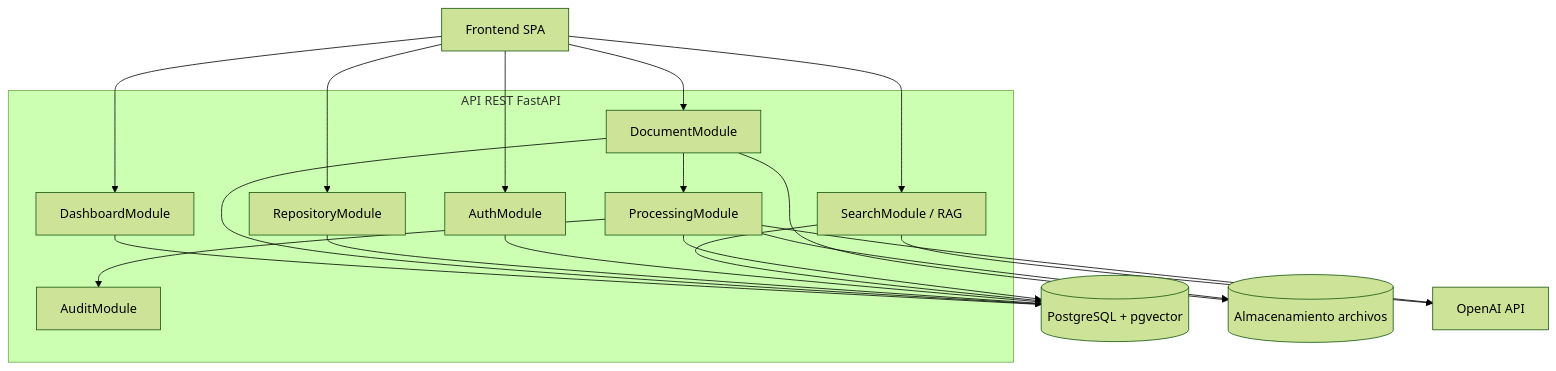
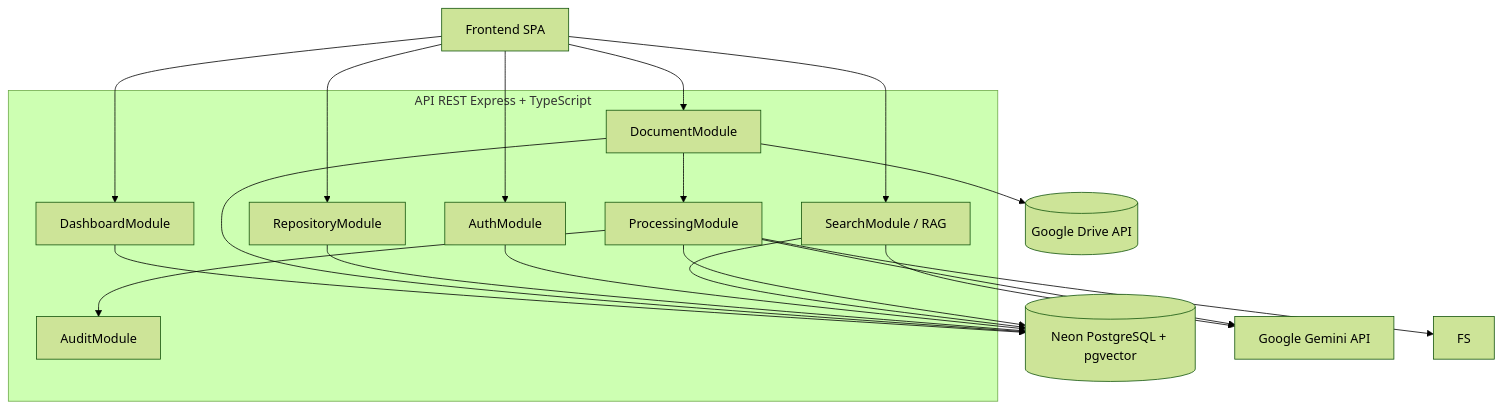
Before and after one commit to JosephV-Q/Repositorio_Inteligente: the first of 5 diagrams in 02_Diseno/2-Diagramas-UML.md, drawn with Mermaid (forest theme). The commit also changed other lines of this file and 21 other files, not shown here.

````diff
--- a/02_Diseno/2-Diagramas-UML.md
+++ b/02_Diseno/2-Diagramas-UML.md
@@ -8,39 +8,39 @@
 ```mermaid
 graph TB
     FE[Frontend SPA]
 
-    subgraph API REST FastAPI
+    subgraph API REST Express + TypeScript
         AUTH[AuthModule]
         REPO[RepositoryModule]
         DOC[DocumentModule]
         PROC[ProcessingModule]
         SEARCH[SearchModule / RAG]
         DASH[DashboardModule]
         LOG[AuditModule]
     end
 
-    DB[(PostgreSQL + pgvector)]
-    FS[(Almacenamiento archivos)]
-    IA[OpenAI API]
+    DB[(Neon PostgreSQL + pgvector)]
+    DRIVE[(Google Drive API)]
+    IA[Google Gemini API]
 
     FE --> AUTH
     FE --> REPO
     FE --> DOC
     FE --> SEARCH
     FE --> DASH
 
     DOC --> PROC
     PROC --> IA
     PROC --> DB
     PROC --> FS
     PROC --> LOG
 
     SEARCH --> IA
     SEARCH --> DB
 
     AUTH --> DB
     REPO --> DB
     DOC --> DB
-    DOC --> FS
+    DOC --> DRIVE
     DASH --> DB
 ```
````
